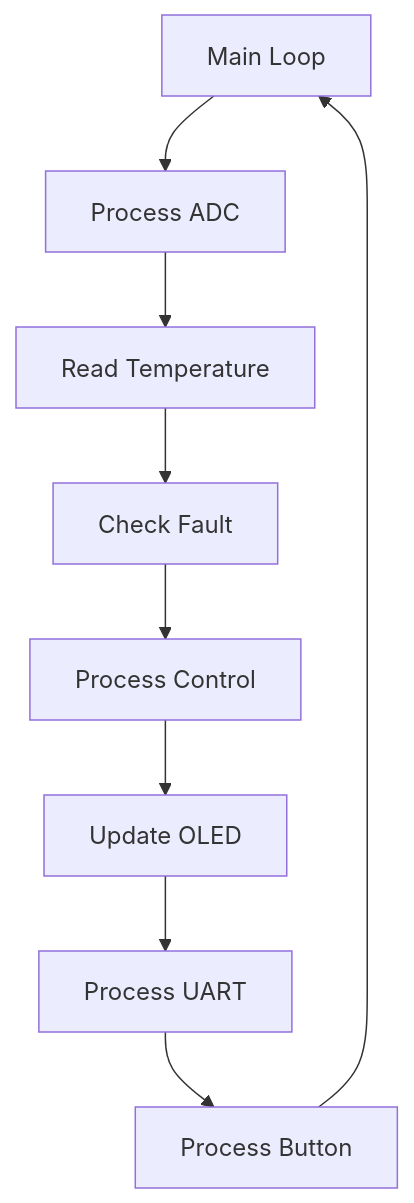
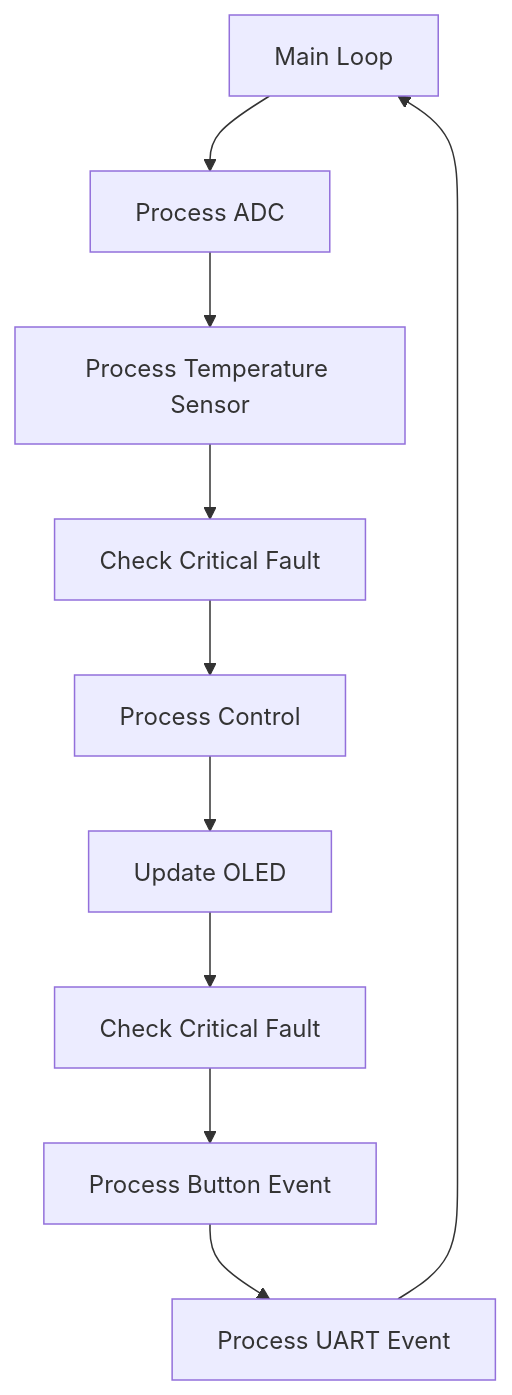
The sixth of 7 diagrams in README.md (John0729/STM32F407-Smart-Controller), drawn with Mermaid before and after one commit. The commit also changed other lines of this file and 2 other files, not shown here.

````diff
--- a/README.md
+++ b/README.md
@@ -410,22 +431,23 @@
 ```mermaid
-flowchart TD
+flowchart TB
 
     LOOP[Main Loop]
-
     ADC[Process ADC]
-    SENSOR[Read Temperature]
-    FAULT1[Check Fault]
+    SENSOR[Process Temperature Sensor]
+    FAULT1[Check Critical Fault]
     CONTROL[Process Control]
     DISPLAY[Update OLED]
-    UART[Process UART]
-    BUTTON[Process Button]
+    FAULT2[Check Critical Fault]
+    BUTTON[Process Button Event]
+    UART[Process UART Event]
 
     LOOP --> ADC
     ADC --> SENSOR
     SENSOR --> FAULT1
     FAULT1 --> CONTROL
     CONTROL --> DISPLAY
-    DISPLAY --> UART
-    UART --> BUTTON
-    BUTTON --> LOOP
+    DISPLAY --> FAULT2
+    FAULT2 --> BUTTON
+    BUTTON --> UART
+    UART --> LOOP
 ```
````
